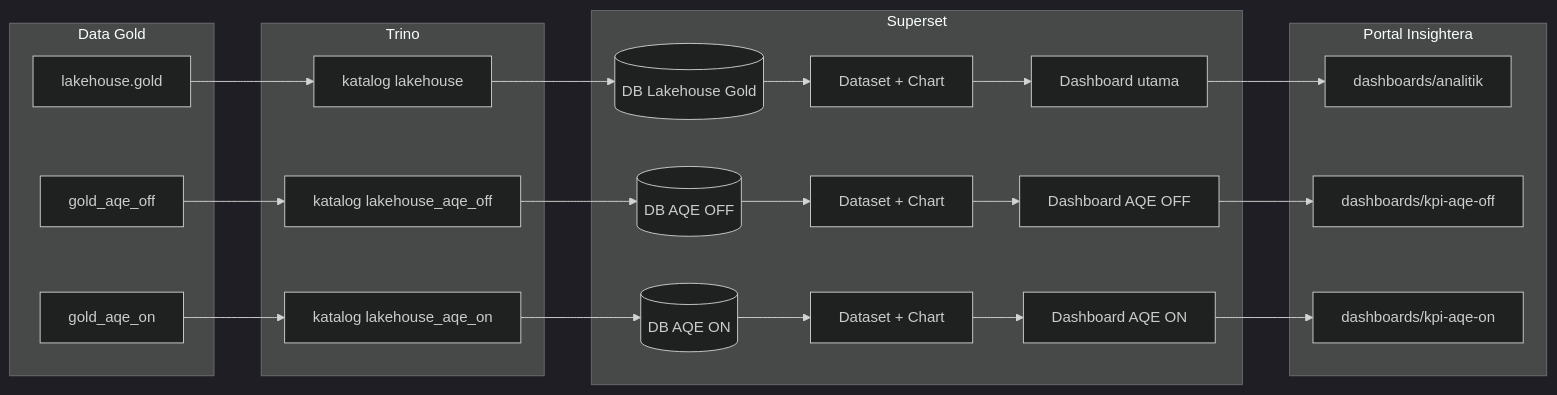
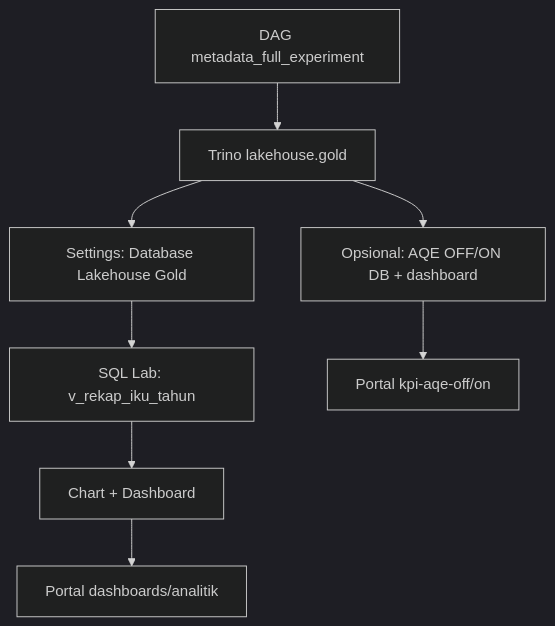
One commit to celisabeth/FILE-TA changed the diagram in docs/gold-to-serving/panduan-lengkap-dashboard-superset.md. Above: the diagram before and after it, drawn with Mermaid (dark theme). The commit also changed other lines of this file and 6 other files, not shown here.

````diff
--- a/docs/gold-to-serving/panduan-lengkap-dashboard-superset.md
+++ b/docs/gold-to-serving/panduan-lengkap-dashboard-superset.md
@@ -15,32 +272,10 @@
 ```mermaid
-flowchart LR
-  subgraph data [Data Gold]
-    G1[lakehouse.gold]
-    G2[gold_aqe_off]
-    G3[gold_aqe_on]
-  end
-  subgraph trino [Trino]
-    C1[katalog lakehouse]
-    C2[katalog lakehouse_aqe_off]
-    C3[katalog lakehouse_aqe_on]
-  end
-  subgraph superset [Superset]
-    DB1[(DB Lakehouse Gold)]
-    DB2[(DB AQE OFF)]
-    DB3[(DB AQE ON)]
-    D1[Dataset + Chart]
-    D2[Dataset + Chart]
-    D3[Dataset + Chart]
-    Dash1[Dashboard utama]
-    Dash2[Dashboard AQE OFF]
-    Dash3[Dashboard AQE ON]
-  end
-  subgraph portal [Portal Insightera]
-    P1["dashboards/analitik"]
-    P2["dashboards/kpi-aqe-off"]
-    P3["dashboards/kpi-aqe-on"]
-  end
-  G1 --> C1 --> DB1 --> D1 --> Dash1 --> P1
-  G2 --> C2 --> DB2 --> D2 --> Dash2 --> P2
-  G3 --> C3 --> DB3 --> D3 --> Dash3 --> P3
+flowchart TD
+  A[DAG metadata_full_experiment] --> B[Trino lakehouse.gold]
+  B --> C[Settings: Database Lakehouse Gold]
+  C --> D[SQL Lab: v_rekap_iku_tahun]
+  D --> E[Chart + Dashboard]
+  E --> F[Portal dashboards/analitik]
+  B --> G[Opsional: AQE OFF/ON DB + dashboard]
+  G --> H[Portal kpi-aqe-off/on]
 ```
````
